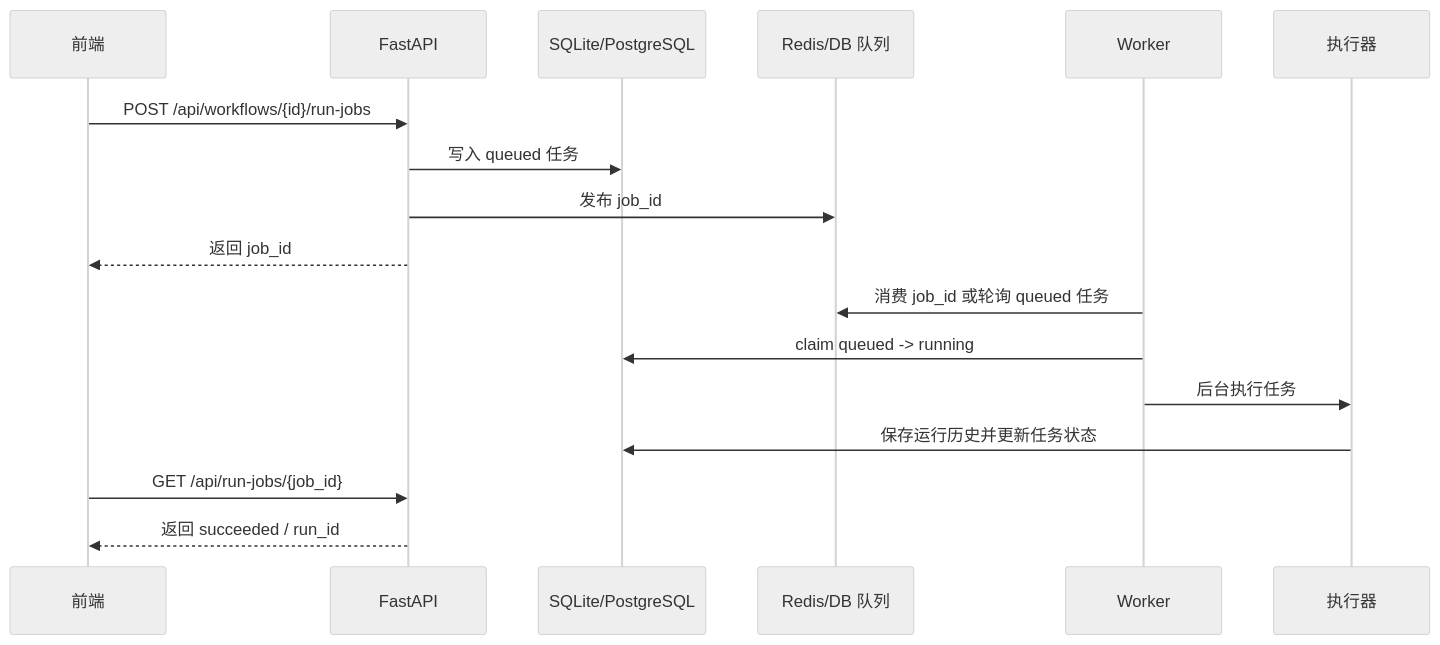
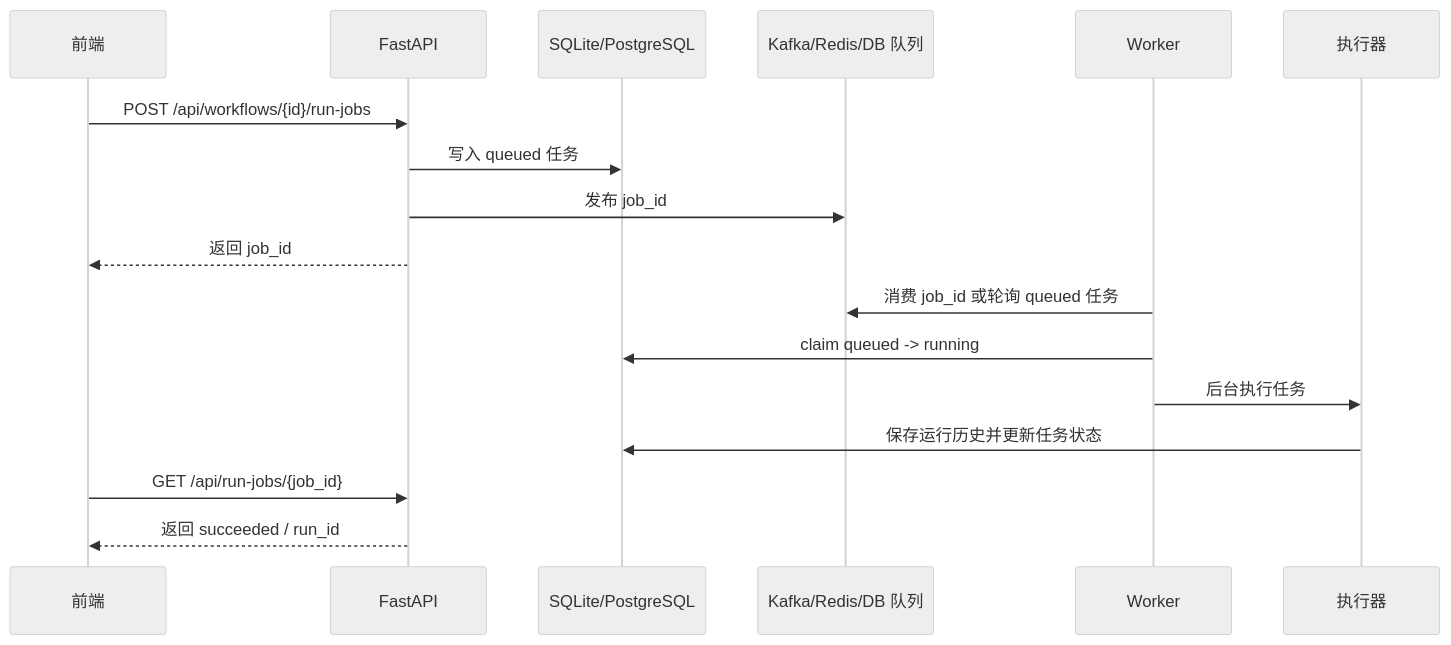
One commit to 996963759/workflow-studio changed the second of 3 diagrams in docs/architecture.md. Above: the diagram before and after it, drawn with Mermaid (neutral theme). The commit also changed other lines of this file and 9 other files, not shown here.

Commit message:
feat: add kafka run job queue

````diff
--- a/docs/architecture.md
+++ b/docs/architecture.md
@@ -53,19 +53,19 @@
 ```mermaid
 sequenceDiagram
   participant UI as 前端
   participant API as FastAPI
   participant DB as SQLite/PostgreSQL
-  participant Queue as Redis/DB 队列
+  participant Queue as Kafka/Redis/DB 队列
   participant Worker as Worker
   participant Runner as 执行器
   UI->>API: POST /api/workflows/{id}/run-jobs
   API->>DB: 写入 queued 任务
   API->>Queue: 发布 job_id
   API-->>UI: 返回 job_id
   Worker->>Queue: 消费 job_id 或轮询 queued 任务
   Worker->>DB: claim queued -> running
   Worker->>Runner: 后台执行任务
   Runner->>DB: 保存运行历史并更新任务状态
   UI->>API: GET /api/run-jobs/{job_id}
   API-->>UI: 返回 succeeded / run_id
 ```
````
